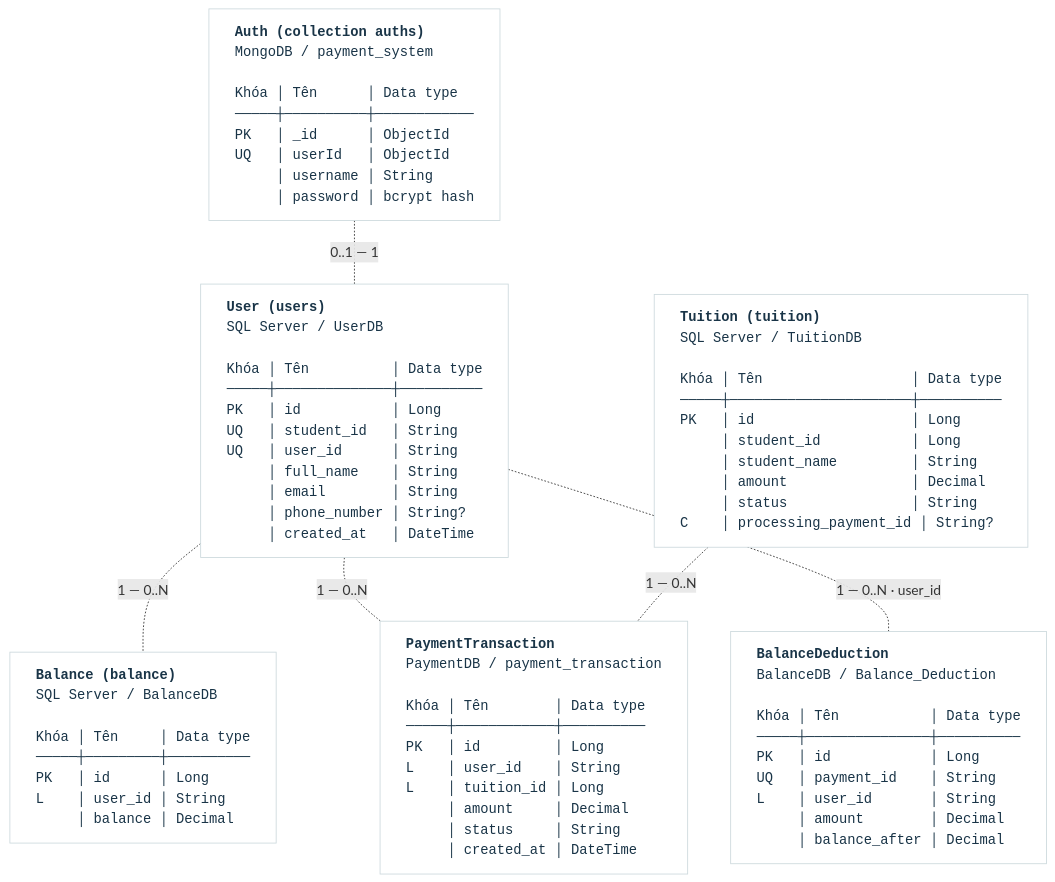
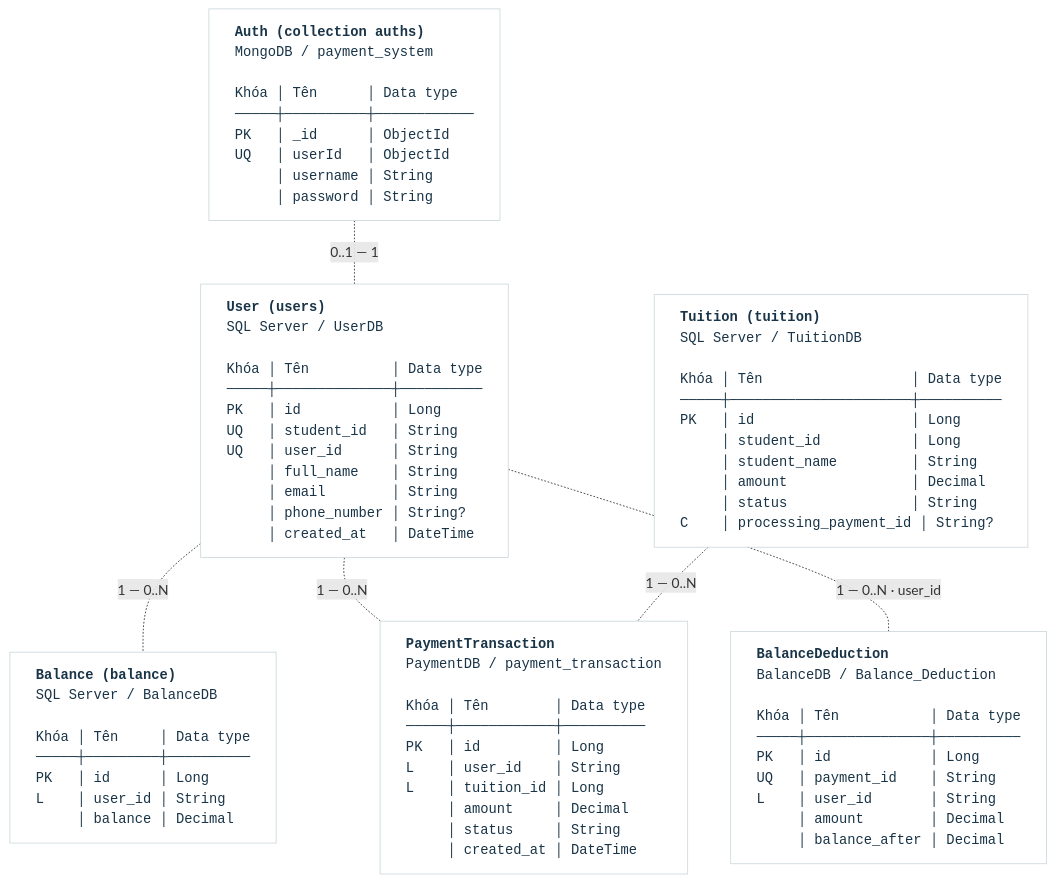
Before and after one commit to PeterKhang3012/Payment-system: the first of 4 diagrams in README.md, drawn with Mermaid. The commit also changed other lines of this file and 4 other files, not shown here.

````diff
--- a/README.md
+++ b/README.md
@@ -90,30 +90,30 @@
 ```mermaid
 ---
 config:
   flowchart:
     htmlLabels: true
     wrappingWidth: 1000
     useMaxWidth: false
 ---
 flowchart TB
-    Auth["<b>Auth (collection auths)</b><br/>MongoDB / payment_system<br/><br/>Khóa&nbsp;│&nbsp;Tên&nbsp;&nbsp;&nbsp;&nbsp;&nbsp;&nbsp;│&nbsp;Data type<br/>─────┼──────────┼────────────<br/>PK&nbsp;&nbsp;&nbsp;│&nbsp;_id&nbsp;&nbsp;&nbsp;&nbsp;&nbsp;&nbsp;│&nbsp;ObjectId<br/>UQ&nbsp;&nbsp;&nbsp;│&nbsp;userId&nbsp;&nbsp;&nbsp;│&nbsp;ObjectId<br/>&nbsp;&nbsp;&nbsp;&nbsp;&nbsp;│&nbsp;username&nbsp;│&nbsp;String<br/>&nbsp;&nbsp;&nbsp;&nbsp;&nbsp;│&nbsp;password&nbsp;│&nbsp;bcrypt hash"]
+    Auth["<b>Auth (collection auths)</b><br/>MongoDB / payment_system<br/><br/>Khóa&nbsp;│&nbsp;Tên&nbsp;&nbsp;&nbsp;&nbsp;&nbsp;&nbsp;│&nbsp;Data type<br/>─────┼──────────┼────────────<br/>PK&nbsp;&nbsp;&nbsp;│&nbsp;_id&nbsp;&nbsp;&nbsp;&nbsp;&nbsp;&nbsp;│&nbsp;ObjectId<br/>UQ&nbsp;&nbsp;&nbsp;│&nbsp;userId&nbsp;&nbsp;&nbsp;│&nbsp;ObjectId<br/>&nbsp;&nbsp;&nbsp;&nbsp;&nbsp;│&nbsp;username&nbsp;│&nbsp;String<br/>&nbsp;&nbsp;&nbsp;&nbsp;&nbsp;│&nbsp;password&nbsp;│&nbsp;String "]
 
     User["<b>User (users)</b><br/>SQL Server / UserDB<br/><br/>Khóa&nbsp;│&nbsp;Tên&nbsp;&nbsp;&nbsp;&nbsp;&nbsp;&nbsp;&nbsp;&nbsp;&nbsp;&nbsp;│&nbsp;Data type<br/>─────┼──────────────┼──────────<br/>PK&nbsp;&nbsp;&nbsp;│&nbsp;id&nbsp;&nbsp;&nbsp;&nbsp;&nbsp;&nbsp;&nbsp;&nbsp;&nbsp;&nbsp;&nbsp;│&nbsp;Long<br/>UQ&nbsp;&nbsp;&nbsp;│&nbsp;student_id&nbsp;&nbsp;&nbsp;│&nbsp;String<br/>UQ&nbsp;&nbsp;&nbsp;│&nbsp;user_id&nbsp;&nbsp;&nbsp;&nbsp;&nbsp;&nbsp;│&nbsp;String<br/>&nbsp;&nbsp;&nbsp;&nbsp;&nbsp;│&nbsp;full_name&nbsp;&nbsp;&nbsp;&nbsp;│&nbsp;String<br/>&nbsp;&nbsp;&nbsp;&nbsp;&nbsp;│&nbsp;email&nbsp;&nbsp;&nbsp;&nbsp;&nbsp;&nbsp;&nbsp;&nbsp;│&nbsp;String<br/>&nbsp;&nbsp;&nbsp;&nbsp;&nbsp;│&nbsp;phone_number&nbsp;│&nbsp;String?<br/>&nbsp;&nbsp;&nbsp;&nbsp;&nbsp;│&nbsp;created_at&nbsp;&nbsp;&nbsp;│&nbsp;DateTime"]
 
     Balance["<b>Balance (balance)</b><br/>SQL Server / BalanceDB<br/><br/>Khóa&nbsp;│&nbsp;Tên&nbsp;&nbsp;&nbsp;&nbsp;&nbsp;│&nbsp;Data type<br/>─────┼─────────┼──────────<br/>PK&nbsp;&nbsp;&nbsp;│&nbsp;id&nbsp;&nbsp;&nbsp;&nbsp;&nbsp;&nbsp;│&nbsp;Long<br/>L&nbsp;&nbsp;&nbsp;&nbsp;│&nbsp;user_id&nbsp;│&nbsp;String<br/>&nbsp;&nbsp;&nbsp;&nbsp;&nbsp;│&nbsp;balance&nbsp;│&nbsp;Decimal"]
 
     Tuition["<b>Tuition (tuition)</b><br/>SQL Server / TuitionDB<br/><br/>Khóa&nbsp;│&nbsp;Tên&nbsp;&nbsp;&nbsp;&nbsp;&nbsp;&nbsp;&nbsp;&nbsp;&nbsp;&nbsp;&nbsp;&nbsp;&nbsp;&nbsp;&nbsp;&nbsp;&nbsp;&nbsp;│&nbsp;Data type<br/>─────┼──────────────────────┼──────────<br/>PK&nbsp;&nbsp;&nbsp;│&nbsp;id&nbsp;&nbsp;&nbsp;&nbsp;&nbsp;&nbsp;&nbsp;&nbsp;&nbsp;&nbsp;&nbsp;&nbsp;&nbsp;&nbsp;&nbsp;&nbsp;&nbsp;&nbsp;&nbsp;│&nbsp;Long<br/>&nbsp;&nbsp;&nbsp;&nbsp;&nbsp;│&nbsp;student_id&nbsp;&nbsp;&nbsp;&nbsp;&nbsp;&nbsp;&nbsp;&nbsp;&nbsp;&nbsp;&nbsp;│&nbsp;Long<br/>&nbsp;&nbsp;&nbsp;&nbsp;&nbsp;│&nbsp;student_name&nbsp;&nbsp;&nbsp;&nbsp;&nbsp;&nbsp;&nbsp;&nbsp;&nbsp;│&nbsp;String<br/>&nbsp;&nbsp;&nbsp;&nbsp;&nbsp;│&nbsp;amount&nbsp;&nbsp;&nbsp;&nbsp;&nbsp;&nbsp;&nbsp;&nbsp;&nbsp;&nbsp;&nbsp;&nbsp;&nbsp;&nbsp;&nbsp;│&nbsp;Decimal<br/>&nbsp;&nbsp;&nbsp;&nbsp;&nbsp;│&nbsp;status&nbsp;&nbsp;&nbsp;&nbsp;&nbsp;&nbsp;&nbsp;&nbsp;&nbsp;&nbsp;&nbsp;&nbsp;&nbsp;&nbsp;&nbsp;│&nbsp;String<br/>C&nbsp;&nbsp;&nbsp;&nbsp;│&nbsp;processing_payment_id&nbsp;│&nbsp;String?"]
 
     PaymentTransaction["<b>PaymentTransaction</b><br/>PaymentDB / payment_transaction<br/><br/>Khóa&nbsp;│&nbsp;Tên&nbsp;&nbsp;&nbsp;&nbsp;&nbsp;&nbsp;&nbsp;&nbsp;│&nbsp;Data type<br/>─────┼────────────┼──────────<br/>PK&nbsp;&nbsp;&nbsp;│&nbsp;id&nbsp;&nbsp;&nbsp;&nbsp;&nbsp;&nbsp;&nbsp;&nbsp;&nbsp;│&nbsp;Long<br/>L&nbsp;&nbsp;&nbsp;&nbsp;│&nbsp;user_id&nbsp;&nbsp;&nbsp;&nbsp;│&nbsp;String<br/>L&nbsp;&nbsp;&nbsp;&nbsp;│&nbsp;tuition_id&nbsp;│&nbsp;Long<br/>&nbsp;&nbsp;&nbsp;&nbsp;&nbsp;│&nbsp;amount&nbsp;&nbsp;&nbsp;&nbsp;&nbsp;│&nbsp;Decimal<br/>&nbsp;&nbsp;&nbsp;&nbsp;&nbsp;│&nbsp;status&nbsp;&nbsp;&nbsp;&nbsp;&nbsp;│&nbsp;String<br/>&nbsp;&nbsp;&nbsp;&nbsp;&nbsp;│&nbsp;created_at&nbsp;│&nbsp;DateTime"]
 
     BalanceDeduction["<b>BalanceDeduction</b><br/>BalanceDB / Balance_Deduction<br/><br/>Khóa&nbsp;│&nbsp;Tên&nbsp;&nbsp;&nbsp;&nbsp;&nbsp;&nbsp;&nbsp;&nbsp;&nbsp;&nbsp;&nbsp;│&nbsp;Data type<br/>─────┼───────────────┼──────────<br/>PK&nbsp;&nbsp;&nbsp;│&nbsp;id&nbsp;&nbsp;&nbsp;&nbsp;&nbsp;&nbsp;&nbsp;&nbsp;&nbsp;&nbsp;&nbsp;&nbsp;│&nbsp;Long<br/>UQ&nbsp;&nbsp;&nbsp;│&nbsp;payment_id&nbsp;&nbsp;&nbsp;&nbsp;│&nbsp;String<br/>L&nbsp;&nbsp;&nbsp;&nbsp;│&nbsp;user_id&nbsp;&nbsp;&nbsp;&nbsp;&nbsp;&nbsp;&nbsp;│&nbsp;String<br/>&nbsp;&nbsp;&nbsp;&nbsp;&nbsp;│&nbsp;amount&nbsp;&nbsp;&nbsp;&nbsp;&nbsp;&nbsp;&nbsp;&nbsp;│&nbsp;Decimal<br/>&nbsp;&nbsp;&nbsp;&nbsp;&nbsp;│&nbsp;balance_after&nbsp;│&nbsp;Decimal"]
 
     Auth -.-|"0..1 — 1"| User
     User -.-|"1 — 0..N"| Balance
     User -.-|"1 — 0..N"| PaymentTransaction
     User -.-|"1 — 0..N · user_id"| BalanceDeduction
     Tuition -.-|"1 — 0..N"| PaymentTransaction
 
     classDef entity fill:#ffffff,stroke:#cdd9dd,color:#193447,font-family:monospace,text-align:left;
     class Auth,User,Balance,Tuition,PaymentTransaction,BalanceDeduction entity;
 ```
````
